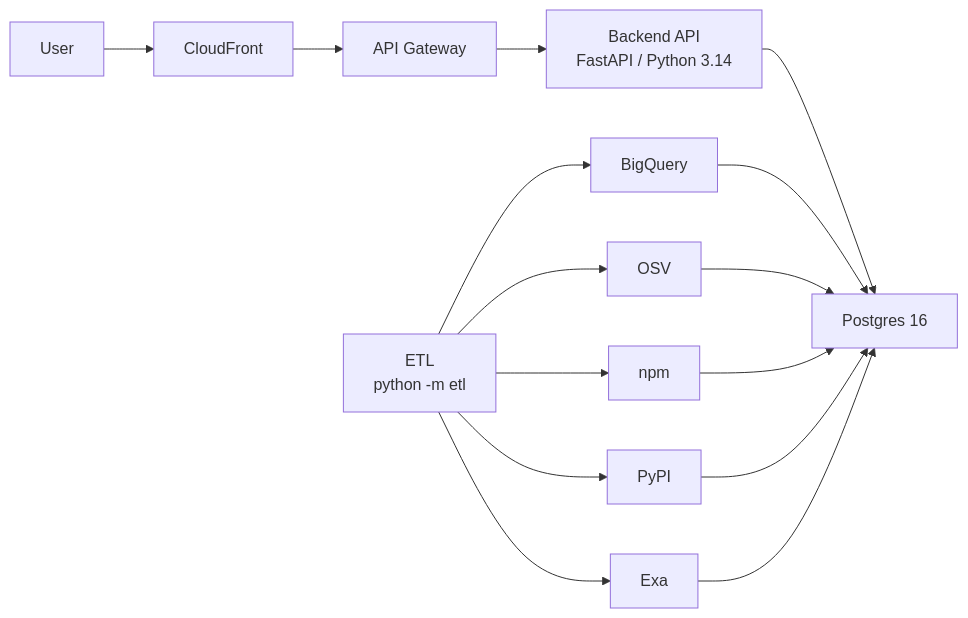
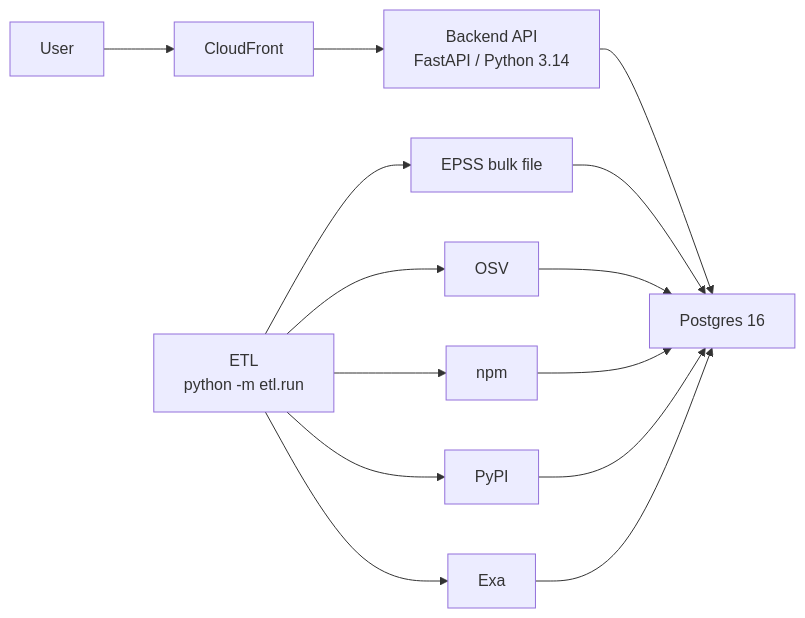
One commit to JacksonFaulkner/polydelve changed the diagram in docs/content/docs/build/architecture.mdx. Above: the diagram before and after it, drawn with Mermaid. The commit also changed other lines of this file and 177 other files, not shown here.

````diff
--- a/docs/content/docs/build/architecture.mdx
+++ b/docs/content/docs/build/architecture.mdx
@@ -6,14 +6,13 @@
 ```mermaid
 flowchart LR
   User --> CloudFront
-  CloudFront --> APIGateway["API Gateway"]
-  APIGateway --> Backend["Backend API\nFastAPI / Python 3.14"]
+  CloudFront --> Backend["Backend API\nFastAPI / Python 3.14"]
   Backend --> Postgres["Postgres 16"]
 
-  ETL["ETL\npython -m etl"] --> BigQuery
+  ETL["ETL\npython -m etl.run"] --> EPSS["EPSS bulk file"]
   ETL --> OSV
   ETL --> npm
   ETL --> PyPI
   ETL --> Exa
-  BigQuery & OSV & npm & PyPI & Exa --> Postgres
+  EPSS & OSV & npm & PyPI & Exa --> Postgres
 ```
````
